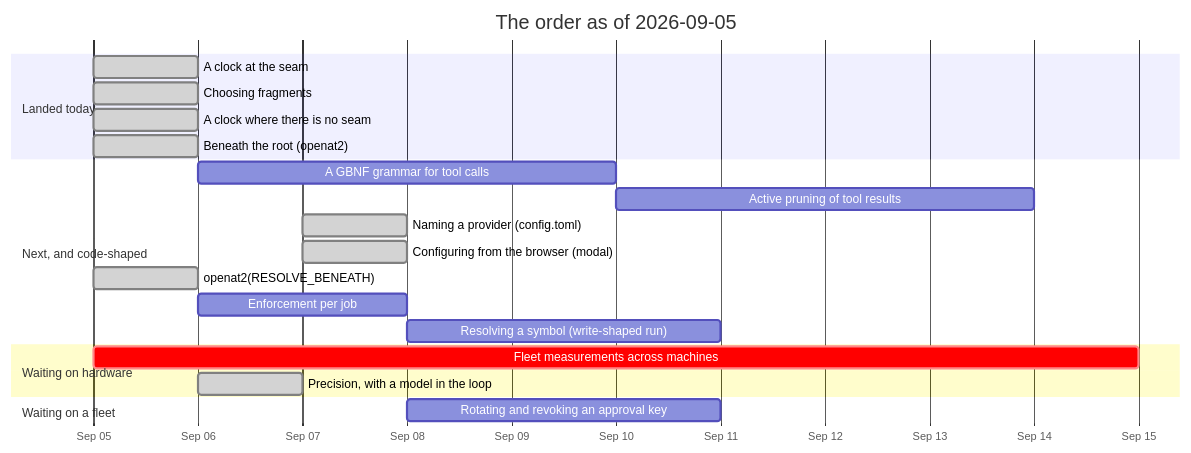
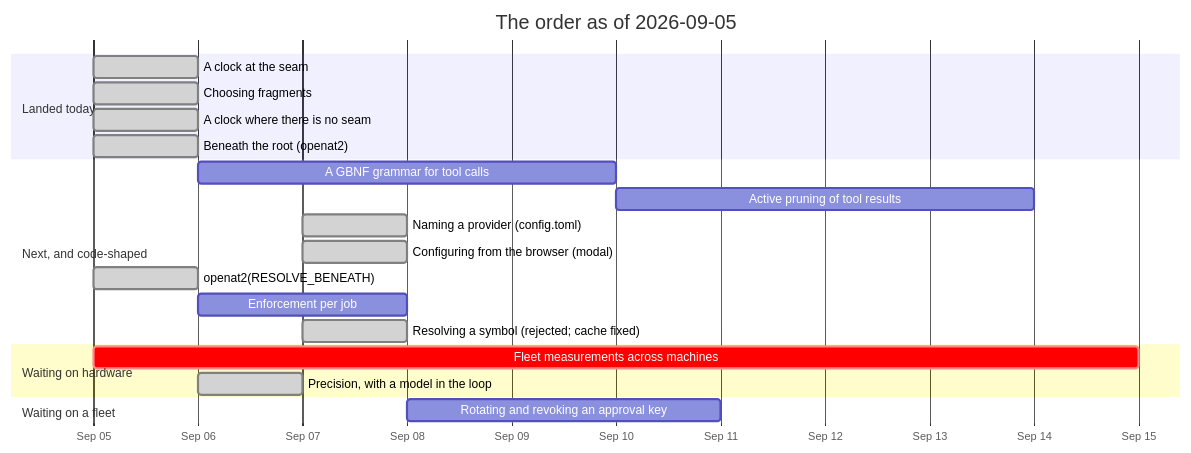
The diagram in ROADMAP/2026-09-05/README.md (jgermade/luu), drawn with Mermaid before and after one commit. The commit also changed other lines of this file and 5 other files, not shown here.

````diff
--- a/ROADMAP/2026-09-05/README.md
+++ b/ROADMAP/2026-09-05/README.md
@@ -44,24 +44,24 @@
 ```mermaid
 gantt
     title The order as of 2026-09-05
     dateFormat YYYY-MM-DD
     axisFormat %b %d
     section Landed today
     A clock at the seam                    :done, clock, 2026-09-05, 1d
     Choosing fragments                     :done, frag, 2026-09-05, 1d
     A clock where there is no seam         :done, hostclock, 2026-09-05, 1d
     Beneath the root (openat2)             :done, toctou2, 2026-09-05, 1d
     section Next, and code-shaped
     A GBNF grammar for tool calls          :gbnf, 2026-09-06, 4d
     Active pruning of tool results         :prune, after gbnf, 4d
     Naming a provider (config.toml)        :done, prov, 2026-09-07, 1d
     Configuring from the browser (modal)   :done, modal, 2026-09-07, 1d
     openat2(RESOLVE_BENEATH)               :done, toctou, 2026-09-05, 1d
     Enforcement per job                    :enf, 2026-09-06, 2d
-    Resolving a symbol (write-shaped run)  :sym, after enf, 3d
+    Resolving a symbol (rejected; cache fixed) :done, sym, 2026-09-07, 1d
     section Waiting on hardware
     Fleet measurements across machines     :crit, bench, 2026-09-05, 10d
     Precision, with a model in the loop    :done, prec, 2026-09-06, 1d
     section Waiting on a fleet
     Rotating and revoking an approval key  :keys, after enf, 3d
 ```
````
